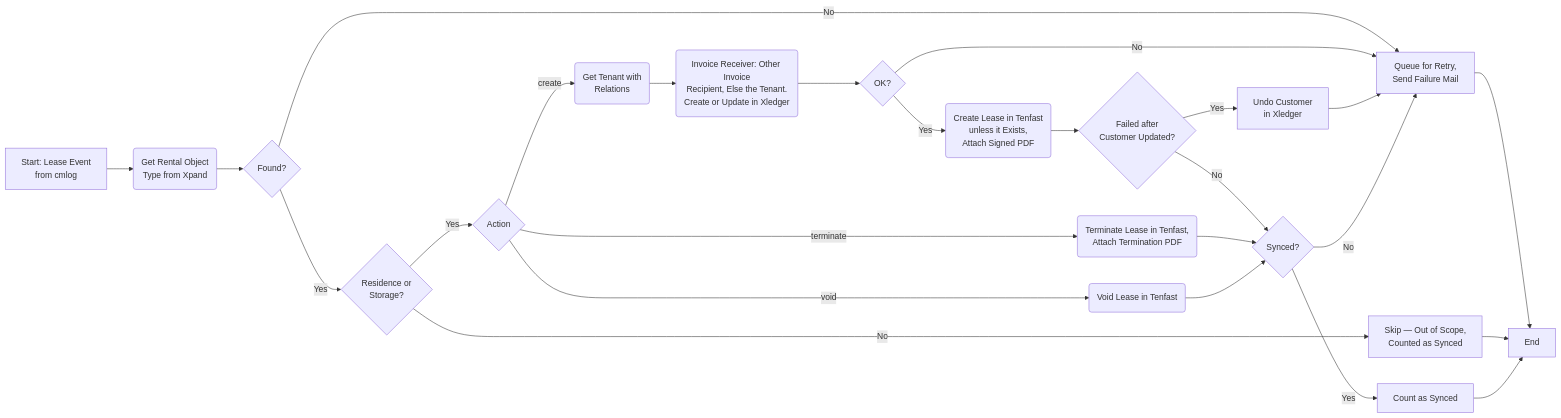
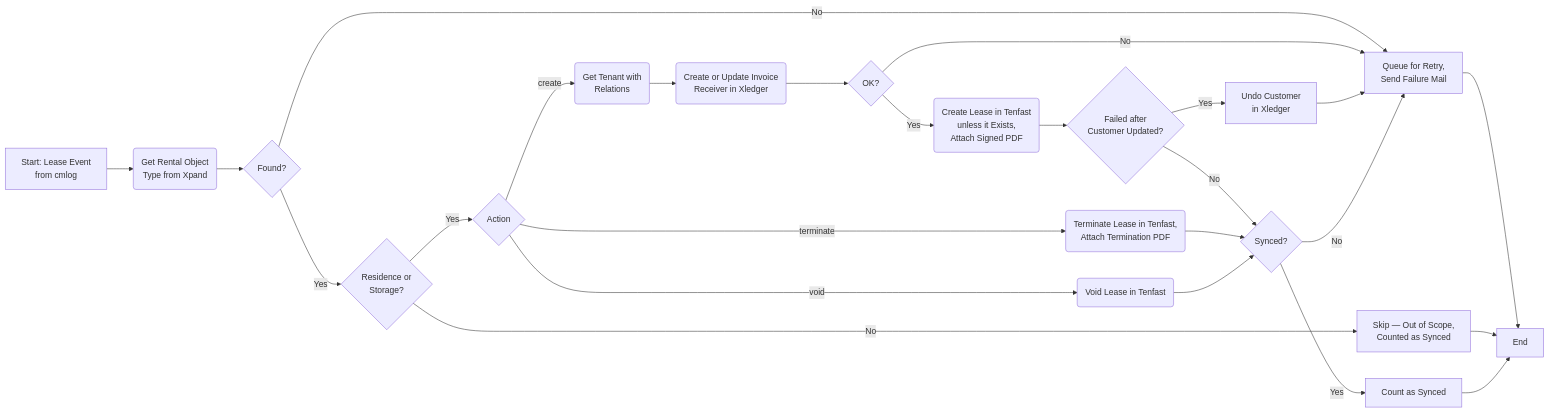
One commit to Bostads-AB-Mimer/onecore changed the first of 2 diagrams in core/src/scripts/sync-leases/DOCS_Sync_Leases.md. Above: the diagram before and after it, drawn with Mermaid. The commit also changed other lines of this file and 2 other files, not shown here.

Commit message:
docs(core): trim the invoice receiver docs (AVTAL-540)

````diff
--- a/core/src/scripts/sync-leases/DOCS_Sync_Leases.md
+++ b/core/src/scripts/sync-leases/DOCS_Sync_Leases.md
@@ -109,27 +105,27 @@
 ```mermaid
 flowchart LR
 A[Start: Lease Event<br/>from cmlog] --> B(Get Rental Object<br/>Type from Xpand)
 B --> Bq{Found?}
 Bq --> |No| Q[Queue for Retry,<br/>Send Failure Mail]
 Bq --> |Yes| C{Residence or<br/>Storage?}
 C --> |No| S[Skip — Out of Scope,<br/>Counted as Synced]
 C --> |Yes| D{Action}
 D --> |create| E(Get Tenant with<br/>Relations)
-E --> F(Invoice Receiver: Other Invoice<br/>Recipient, Else the Tenant.<br/>Create or Update in Xledger)
+E --> F(Create or Update Invoice<br/>Receiver in Xledger)
 F --> Fq{OK?}
 Fq --> |No| Q
 Fq --> |Yes| G(Create Lease in Tenfast<br/>unless it Exists,<br/>Attach Signed PDF)
 G --> Gq{Failed after<br/>Customer Updated?}
 Gq --> |Yes| Ux[Undo Customer<br/>in Xledger]
 Ux --> Q
 D --> |terminate| H(Terminate Lease in Tenfast,<br/>Attach Termination PDF)
 D --> |void| I(Void Lease in Tenfast)
 Gq --> |No| R{Synced?}
 H --> R
 I --> R
 R --> |No| Q
 R --> |Yes| N[Count as Synced]
 Q --> Z[End]
 S --> Z
 N --> Z
 ```
````
